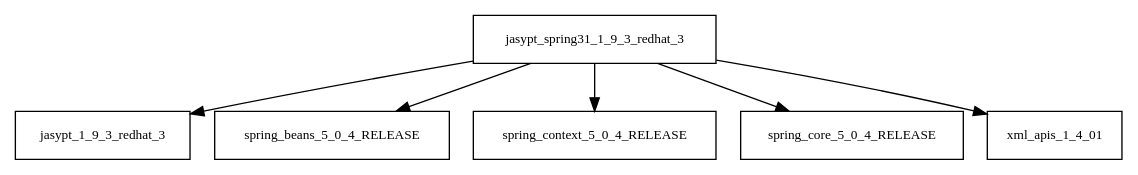
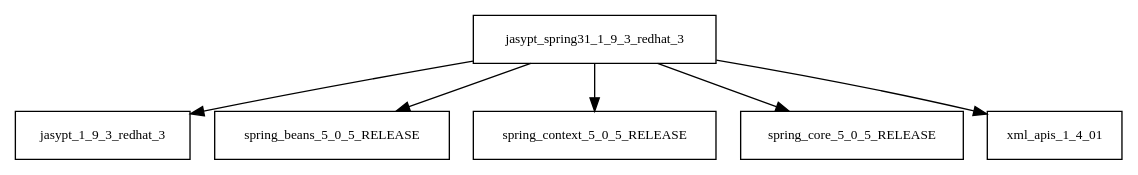
The diagram in tattleTaleReport/graphviz/jasypt-spring31-1.9.3.redhat_3.jar/jasypt-spring31-1.9.3.redhat_3.jar.dot (sjvs/cia), drawn with Graphviz before and after one commit. The commit also changed 1854 other files, not shown here.

```diff
--- a/tattleTaleReport/graphviz/jasypt-spring31-1.9.3.redhat_3.jar/jasypt-spring31-1.9.3.redhat_3.jar.dot
+++ b/tattleTaleReport/graphviz/jasypt-spring31-1.9.3.redhat_3.jar/jasypt-spring31-1.9.3.redhat_3.jar.dot
@@ -1,8 +1,8 @@
 digraph jasypt_spring31_1_9_3_redhat_3_dependencies {
   node [shape = box, fontsize=10.0];
   jasypt_spring31_1_9_3_redhat_3 -> jasypt_1_9_3_redhat_3;
-  jasypt_spring31_1_9_3_redhat_3 -> spring_beans_5_0_4_RELEASE;
-  jasypt_spring31_1_9_3_redhat_3 -> spring_context_5_0_4_RELEASE;
-  jasypt_spring31_1_9_3_redhat_3 -> spring_core_5_0_4_RELEASE;
+  jasypt_spring31_1_9_3_redhat_3 -> spring_beans_5_0_5_RELEASE;
+  jasypt_spring31_1_9_3_redhat_3 -> spring_context_5_0_5_RELEASE;
+  jasypt_spring31_1_9_3_redhat_3 -> spring_core_5_0_5_RELEASE;
   jasypt_spring31_1_9_3_redhat_3 -> xml_apis_1_4_01;
 }
```
